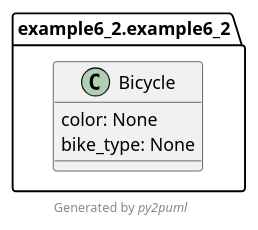
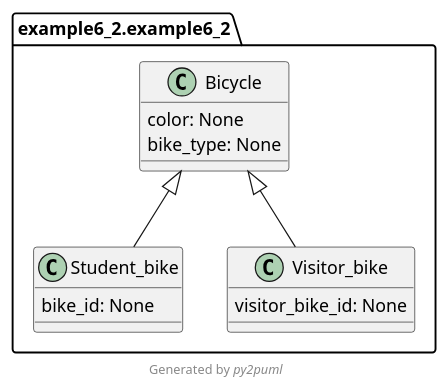
Before and after one commit to dr-zool/tcu-programming: the diagram in module-lab/example6/example6_2/example6_2.puml, drawn with PlantUML. The commit also changed 5 other files, not shown here.

```diff
--- a/module-lab/example6/example6_2/example6_2.puml
+++ b/module-lab/example6/example6_2/example6_2.puml
@@ -1,9 +1,18 @@
 @startuml example6_2
 !pragma useIntermediatePackages false
+
 
 class example6_2.example6_2.Bicycle {
   color: None
   bike_type: None
 }
+class example6_2.example6_2.Student_bike {
+  bike_id: None
+}
+class example6_2.example6_2.Visitor_bike {
+  visitor_bike_id: None
+}
+example6_2.example6_2.Bicycle <|-- example6_2.example6_2.Student_bike
+example6_2.example6_2.Bicycle <|-- example6_2.example6_2.Visitor_bike
 footer Generated by //py2puml//
 @enduml
```
